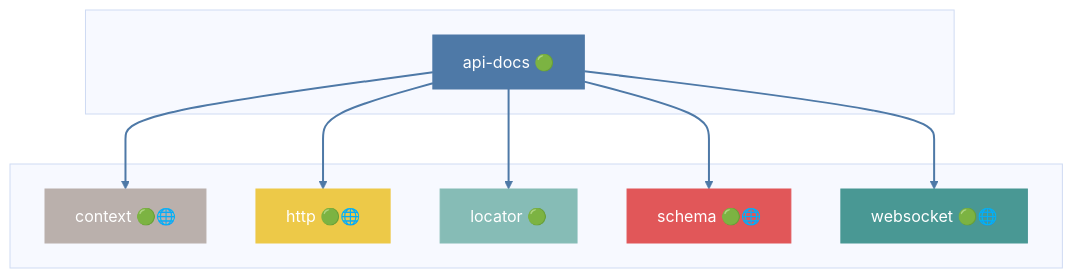
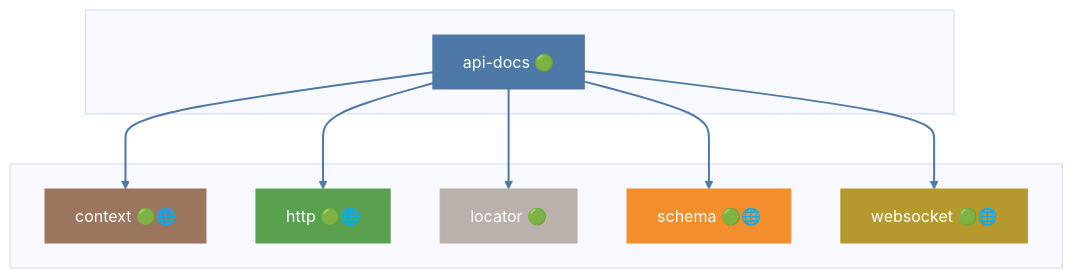
Before and after one commit to grest-ts/grest-ts: the second of 50 diagrams in docs/DEPENDENCIES.md, drawn with Mermaid (base theme). The commit also changed other lines of this file and 57 other files, not shown here.

````diff
--- a/docs/DEPENDENCIES.md
+++ b/docs/DEPENDENCIES.md
@@ -499,29 +493,29 @@
 ```mermaid
 flowchart TB
     subgraph Package[" "]
         api-docs["api-docs 🟢"]
     end
     subgraph Dependencies[" "]
         context["context 🟢🌐"]
         http["http 🟢🌐"]
         locator["locator 🟢"]
         schema["schema 🟢🌐"]
         websocket["websocket 🟢🌐"]
     end
     api-docs --> context
     api-docs --> http
     api-docs --> locator
     api-docs --> schema
     api-docs --> websocket
     style api-docs fill:#4E79A7,stroke:#4E79A7,color:#fff
-    style context fill:#BAB0AC,stroke:#BAB0AC,color:#fff
-    style http fill:#EDC948,stroke:#EDC948,color:#fff
-    style locator fill:#86BCB6,stroke:#86BCB6,color:#fff
-    style schema fill:#E15759,stroke:#E15759,color:#fff
-    style websocket fill:#499894,stroke:#499894,color:#fff
+    style context fill:#9C755F,stroke:#9C755F,color:#fff
+    style http fill:#59A14F,stroke:#59A14F,color:#fff
+    style locator fill:#BAB0AC,stroke:#BAB0AC,color:#fff
+    style schema fill:#F28E2B,stroke:#F28E2B,color:#fff
+    style websocket fill:#B6992D,stroke:#B6992D,color:#fff
     linkStyle 0 stroke:#4E79A7,stroke-width:2px
     linkStyle 1 stroke:#4E79A7,stroke-width:2px
     linkStyle 2 stroke:#4E79A7,stroke-width:2px
     linkStyle 3 stroke:#4E79A7,stroke-width:2px
     linkStyle 4 stroke:#4E79A7,stroke-width:2px
 ```
````
